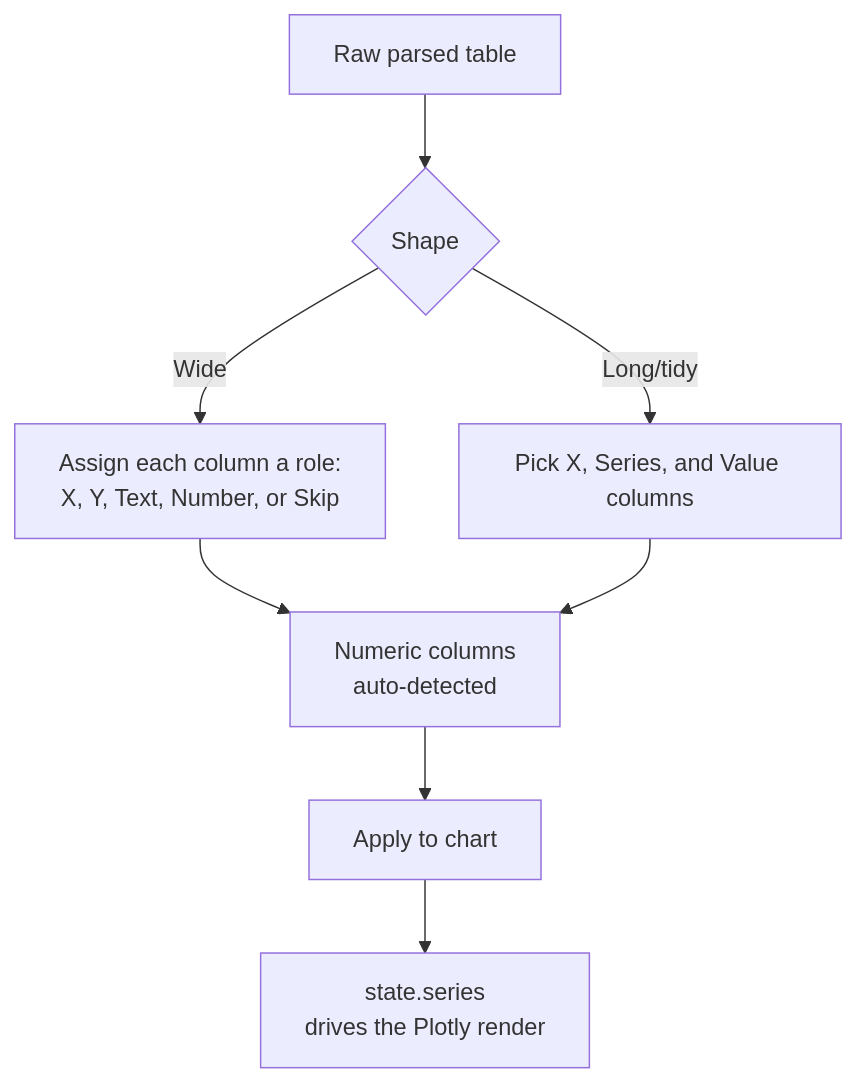
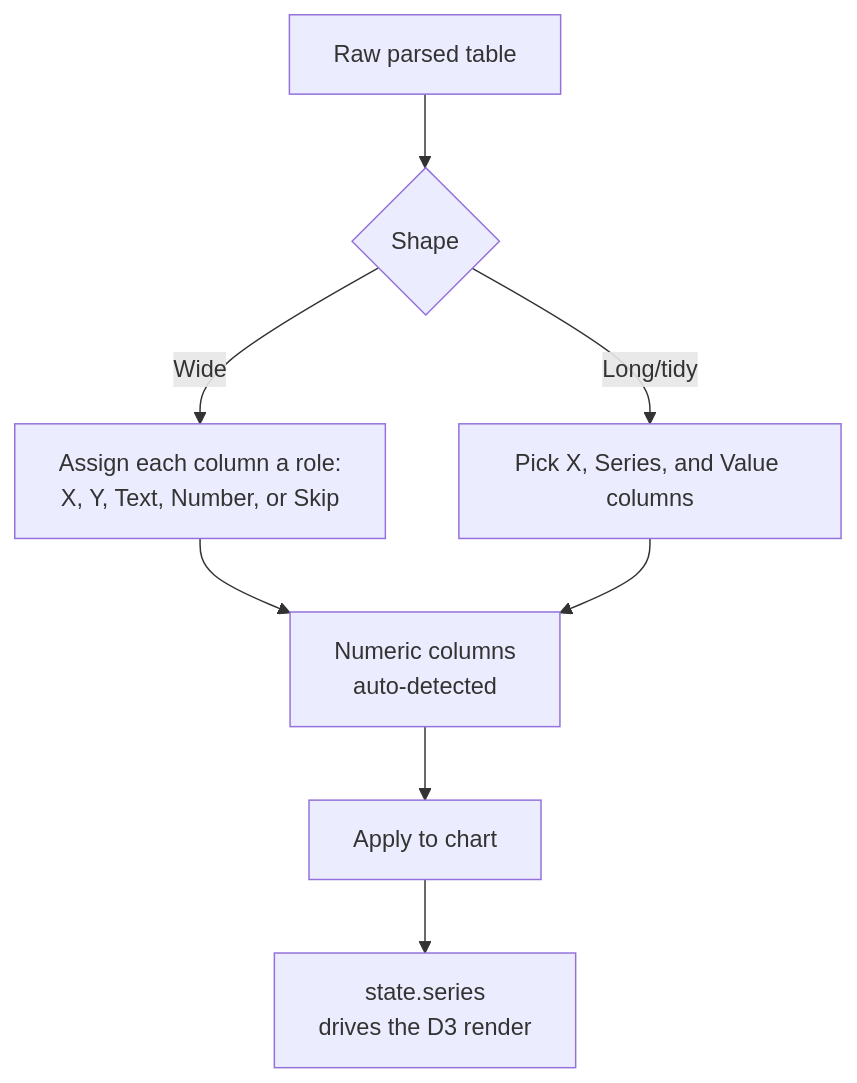
The second of 2 diagrams in README.md (Defani/Ploots-click), drawn with Mermaid before and after one commit. The commit also changed other lines of this file and 9 other files, not shown here.

````diff
--- a/README.md
+++ b/README.md
@@ -176,10 +176,10 @@
 ```mermaid
 flowchart TD
     Raw[Raw parsed table] --> Shape{Shape}
     Shape -- Wide --> Wide[Assign each column a role:<br/>X, Y, Text, Number, or Skip]
     Shape -- Long/tidy --> Long[Pick X, Series, and Value columns]
     Wide --> Detect[Numeric columns<br/>auto-detected]
     Long --> Detect
     Detect --> Apply[Apply to chart]
-    Apply --> Series[state.series<br/>drives the Plotly render]
+    Apply --> Series[state.series<br/>drives the D3 render]
 ```
````
